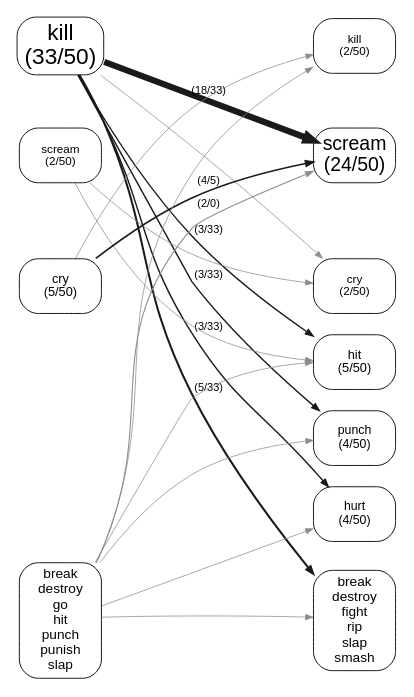
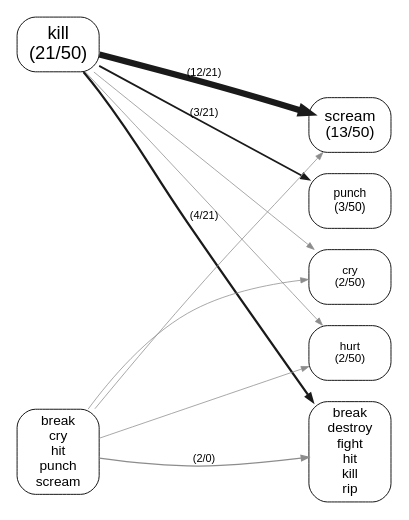
One commit to quadrismegistus/malignment changed the diagram in experiments/displacement/substitution_shape/figures/lineage_graph_she_was_so_angry_she_crossing_flow_ranked.dot. Above: the diagram before and after it, drawn with Graphviz. The commit also changed 24 other files, not shown here.

```diff
--- a/experiments/displacement/substitution_shape/figures/lineage_graph_she_was_so_angry_she_crossing_flow_ranked.dot
+++ b/experiments/displacement/substitution_shape/figures/lineage_graph_she_was_so_angry_she_crossing_flow_ranked.dot
@@ -1,60 +1,48 @@
 digraph linrank {
   rankdir=LR; splines=true; overlap=false;
   size="4.8,12.48";
   bgcolor="white"; nodesep=0.10; ranksep=1.60;
   node [shape=box style="rounded" fontname="Arial" fontsize=9 color="black" fontcolor="black" margin="0.06,0.035" penwidth=0.6];
   edge [fontname="Arial" fontsize=7.2 color="#4d4d4d" penwidth=0.75 arrowsize=0.5];
   { rank=same;
-  "B_kill" [label="kill\n(33/50)" fontsize=14.9];
-  "B_scream" [label="scream\n(2/50)" fontsize=7.7];
-  "B_cry" [label="cry\n(5/50)" fontsize=8.4];
-  "B_hit" [style=invis label=""];
+  "B_kill" [label="kill\n(21/50)" fontsize=12.1];
+  "B_scream" [style=invis label=""];
   "B_punch" [style=invis label=""];
+  "B_cry" [style=invis label=""];
   "B_hurt" [style=invis label=""];
-  "B_ZZ_ONES" [label="break\ndestroy\ngo\nhit\npunch\npunish\nslap"];
+  "B_ZZ_ONES" [label="break\ncry\nhit\npunch\nscream"];
   }
   { rank=same;
-  "A_kill" [label="kill\n(2/50)" fontsize=7.7];
-  "A_scream" [label="scream\n(24/50)" fontsize=12.8];
+  "A_kill" [style=invis label=""];
+  "A_scream" [label="scream\n(13/50)" fontsize=10.2];
+  "A_punch" [label="punch\n(3/50)" fontsize=7.9];
   "A_cry" [label="cry\n(2/50)" fontsize=7.7];
-  "A_hit" [label="hit\n(5/50)" fontsize=8.4];
-  "A_punch" [label="punch\n(4/50)" fontsize=8.1];
-  "A_hurt" [label="hurt\n(4/50)" fontsize=8.1];
-  "A_ZZ_ONES" [label="break\ndestroy\nfight\nrip\nslap\nsmash"];
+  "A_hurt" [label="hurt\n(2/50)" fontsize=7.7];
+  "A_ZZ_ONES" [label="break\ndestroy\nfight\nhit\nkill\nrip"];
   }
   "B_kill" -> "B_scream" [style=invis];
-  "B_scream" -> "B_cry" [style=invis];
-  "B_cry" -> "B_hit" [style=invis];
-  "B_hit" -> "B_punch" [style=invis];
-  "B_punch" -> "B_hurt" [style=invis];
+  "B_scream" -> "B_punch" [style=invis];
+  "B_punch" -> "B_cry" [style=invis];
+  "B_cry" -> "B_hurt" [style=invis];
   "B_hurt" -> "B_ZZ_ONES" [style=invis];
   "A_kill" -> "A_scream" [style=invis];
-  "A_scream" -> "A_cry" [style=invis];
-  "A_cry" -> "A_hit" [style=invis];
-  "A_hit" -> "A_punch" [style=invis];
-  "A_punch" -> "A_hurt" [style=invis];
+  "A_scream" -> "A_punch" [style=invis];
+  "A_punch" -> "A_cry" [style=invis];
+  "A_cry" -> "A_hurt" [style=invis];
   "A_hurt" -> "A_ZZ_ONES" [style=invis];
   "B_kill" -> "A_kill" [style=invis weight=100];
   "B_scream" -> "A_scream" [style=invis weight=100];
+  "B_punch" -> "A_punch" [style=invis weight=100];
   "B_cry" -> "A_cry" [style=invis weight=100];
-  "B_hit" -> "A_hit" [style=invis weight=100];
-  "B_punch" -> "A_punch" [style=invis weight=100];
   "B_hurt" -> "A_hurt" [style=invis weight=100];
   "B_ZZ_ONES" -> "A_ZZ_ONES" [style=invis weight=100];
-  "B_kill" -> "A_scream" [penwidth=4.10 color="#1a1a1a" label="(18/33)"];
-  "B_kill" -> "A_ZZ_ONES" [penwidth=1.35 color="#1a1a1a" label="(5/33)"];
-  "B_cry" -> "A_scream" [penwidth=1.14 color="#1a1a1a" label="(4/5)"];
-  "B_kill" -> "A_hurt" [penwidth=0.92 color="#1a1a1a" label="(3/33)"];
-  "B_kill" -> "A_hit" [penwidth=0.92 color="#1a1a1a" label="(3/33)"];
-  "B_kill" -> "A_punch" [penwidth=0.92 color="#1a1a1a" label="(3/33)"];
-  "B_ZZ_ONES" -> "A_scream" [penwidth=0.71 color="#8c8c8c" label="(2/0)"];
+  "B_kill" -> "A_scream" [penwidth=4.10 color="#1a1a1a" label="(12/21)"];
+  "B_kill" -> "A_ZZ_ONES" [penwidth=1.48 color="#1a1a1a" label="(4/21)"];
+  "B_kill" -> "A_punch" [penwidth=1.15 color="#1a1a1a" label="(3/21)"];
+  "B_ZZ_ONES" -> "A_ZZ_ONES" [penwidth=0.83 color="#8c8c8c" label="(2/0)"];
   "B_kill" -> "A_cry" [penwidth=0.50 color="#8c8c8c"];
   "B_ZZ_ONES" -> "A_hurt" [penwidth=0.50 color="#8c8c8c"];
-  "B_ZZ_ONES" -> "A_ZZ_ONES" [penwidth=0.50 color="#8c8c8c"];
-  "B_ZZ_ONES" -> "A_kill" [penwidth=0.50 color="#8c8c8c"];
-  "B_cry" -> "A_kill" [penwidth=0.50 color="#8c8c8c"];
-  "B_ZZ_ONES" -> "A_hit" [penwidth=0.50 color="#8c8c8c"];
-  "B_scream" -> "A_cry" [penwidth=0.50 color="#8c8c8c"];
-  "B_scream" -> "A_hit" [penwidth=0.50 color="#8c8c8c"];
-  "B_ZZ_ONES" -> "A_punch" [penwidth=0.50 color="#8c8c8c"];
+  "B_ZZ_ONES" -> "A_cry" [penwidth=0.50 color="#8c8c8c"];
+  "B_ZZ_ONES" -> "A_scream" [penwidth=0.50 color="#8c8c8c"];
+  "B_kill" -> "A_hurt" [penwidth=0.50 color="#8c8c8c"];
 }
```
